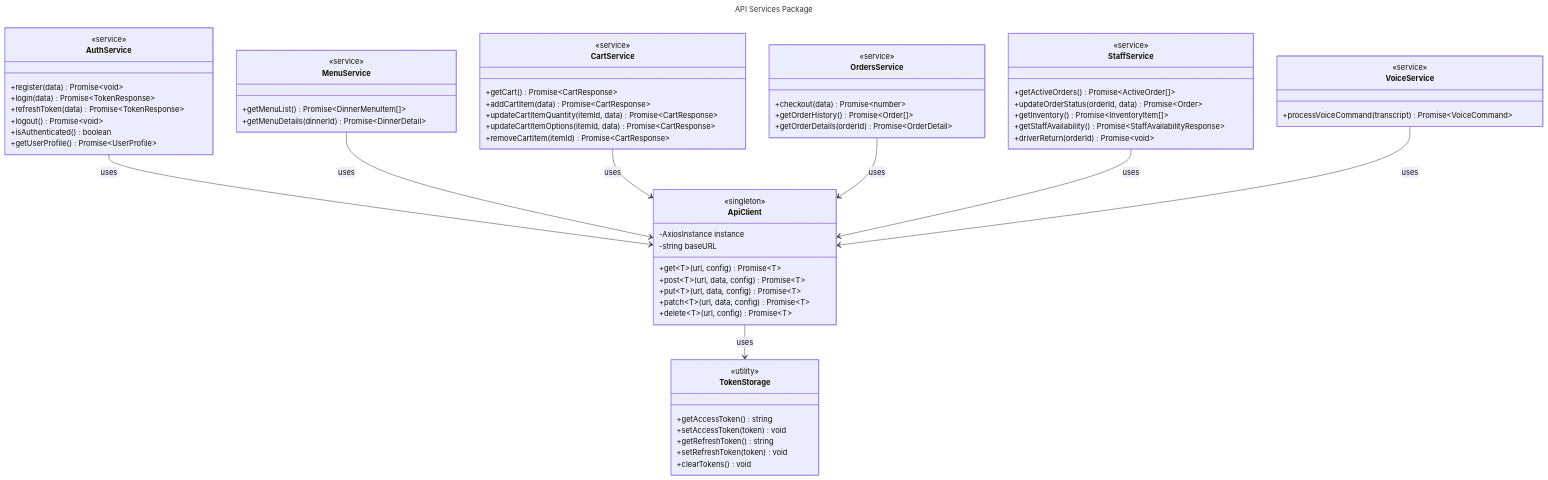
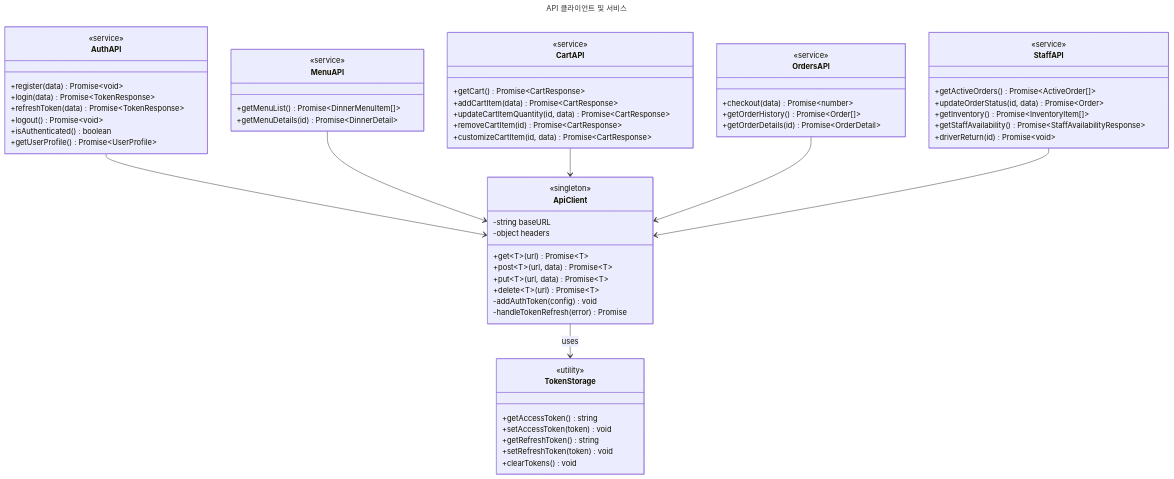
Before and after one commit to Ddogan-zip/ddoganzip-frontend: the seventh of 15 diagrams in docs/class-diagram.md, drawn with Mermaid. The commit also changed other lines of this file, not shown here.

Commit message:
Update class diagram with voice ordering system

````diff
--- a/docs/class-diagram.md
+++ b/docs/class-diagram.md
@@ -1044,81 +380,76 @@
 ```mermaid
 ---
-title: API Services Package
+title: API 클라이언트 및 서비스
 ---
 classDiagram
     direction TB
 
     class ApiClient {
         <<singleton>>
-        -AxiosInstance instance
         -string baseURL
-        +get~T~(url, config) Promise~T~
-        +post~T~(url, data, config) Promise~T~
-        +put~T~(url, data, config) Promise~T~
-        +patch~T~(url, data, config) Promise~T~
-        +delete~T~(url, config) Promise~T~
+        -object headers
+        +get~T~(url) Promise~T~
+        +post~T~(url, data) Promise~T~
+        +put~T~(url, data) Promise~T~
+        +delete~T~(url) Promise~T~
+        -addAuthToken(config) void
+        -handleTokenRefresh(error) Promise
     }
 
     class TokenStorage {
         <<utility>>
         +getAccessToken() string
         +setAccessToken(token) void
         +getRefreshToken() string
         +setRefreshToken(token) void
         +clearTokens() void
     }
 
-    class AuthService {
+    class AuthAPI {
         <<service>>
         +register(data) Promise~void~
         +login(data) Promise~TokenResponse~
         +refreshToken(data) Promise~TokenResponse~
         +logout() Promise~void~
         +isAuthenticated() boolean
         +getUserProfile() Promise~UserProfile~
     }
 
-    class MenuService {
+    class MenuAPI {
         <<service>>
         +getMenuList() Promise~DinnerMenuItem[]~
-        +getMenuDetails(dinnerId) Promise~DinnerDetail~
+        +getMenuDetails(id) Promise~DinnerDetail~
     }
 
-    class CartService {
+    class CartAPI {
         <<service>>
         +getCart() Promise~CartResponse~
         +addCartItem(data) Promise~CartResponse~
-        +updateCartItemQuantity(itemId, data) Promise~CartResponse~
-        +updateCartItemOptions(itemId, data) Promise~CartResponse~
-        +removeCartItem(itemId) Promise~CartResponse~
+        +updateCartItemQuantity(id, data) Promise~CartResponse~
+        +removeCartItem(id) Promise~CartResponse~
+        +customizeCartItem(id, data) Promise~CartResponse~
     }
 
-    class OrdersService {
+    class OrdersAPI {
         <<service>>
         +checkout(data) Promise~number~
         +getOrderHistory() Promise~Order[]~
-        +getOrderDetails(orderId) Promise~OrderDetail~
+        +getOrderDetails(id) Promise~OrderDetail~
     }
 
-    class StaffService {
+    class StaffAPI {
         <<service>>
         +getActiveOrders() Promise~ActiveOrder[]~
-        +updateOrderStatus(orderId, data) Promise~Order~
+        +updateOrderStatus(id, data) Promise~Order~
         +getInventory() Promise~InventoryItem[]~
         +getStaffAvailability() Promise~StaffAvailabilityResponse~
-        +driverReturn(orderId) Promise~void~
-    }
-
-    class VoiceService {
-        <<service>>
-        +processVoiceCommand(transcript) Promise~VoiceCommand~
+        +driverReturn(id) Promise~void~
     }
 
     ApiClient --> TokenStorage : uses
-    AuthService --> ApiClient : uses
-    MenuService --> ApiClient : uses
-    CartService --> ApiClient : uses
-    OrdersService --> ApiClient : uses
-    StaffService --> ApiClient : uses
-    VoiceService --> ApiClient : uses
+    AuthAPI --> ApiClient
+    MenuAPI --> ApiClient
+    CartAPI --> ApiClient
+    OrdersAPI --> ApiClient
+    StaffAPI --> ApiClient
 ```
````
